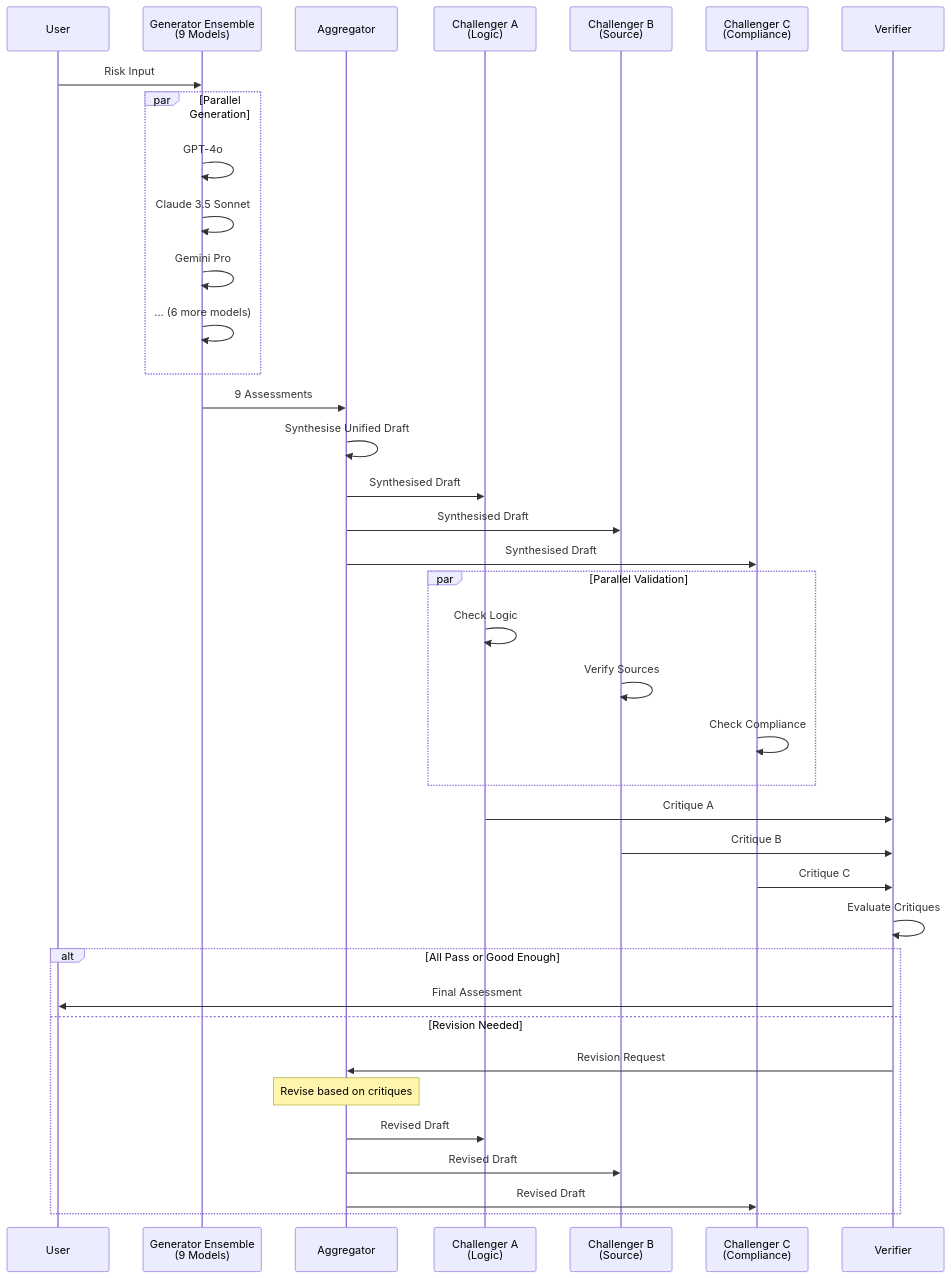
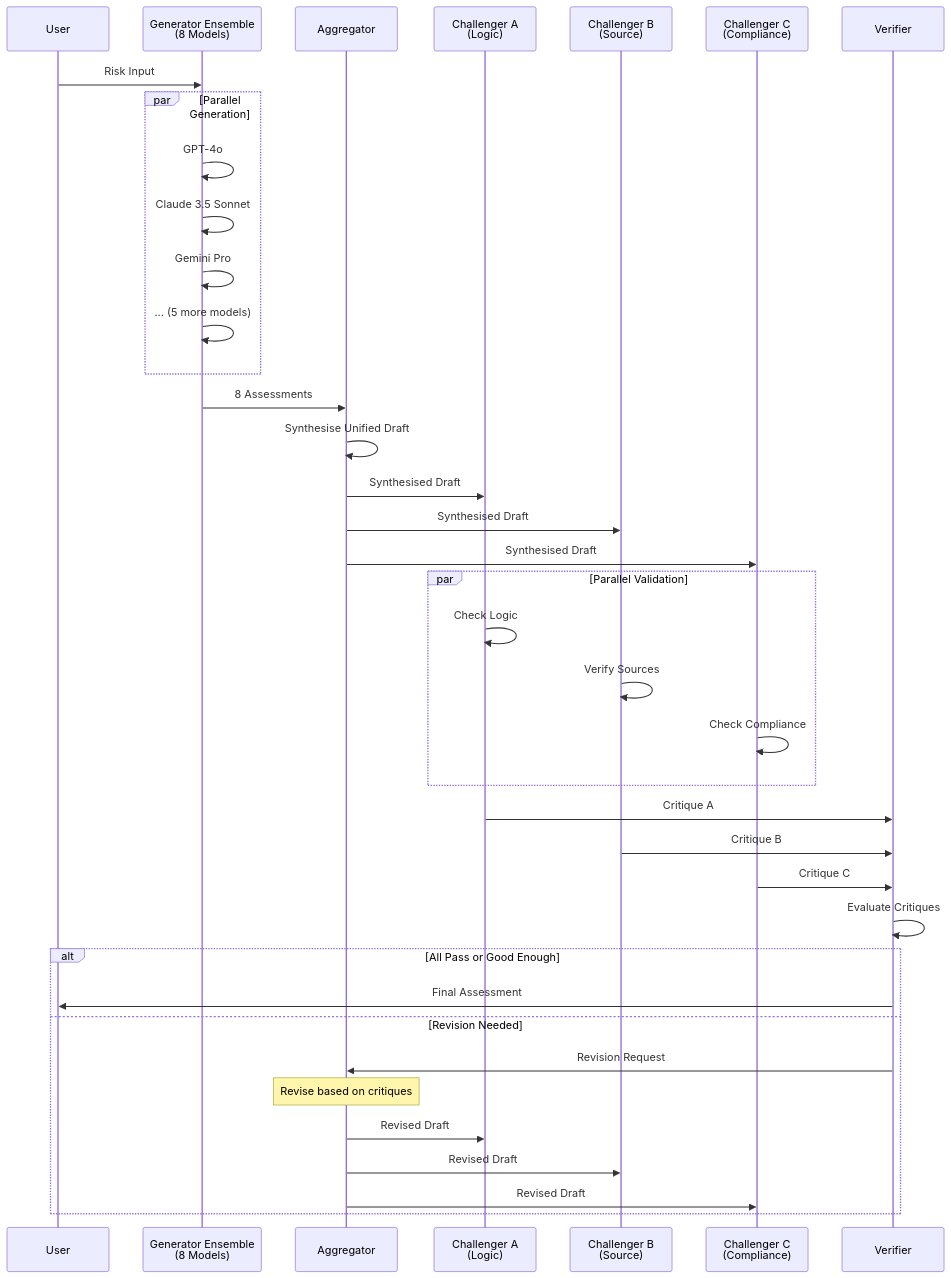
One commit to Brishian427/IOT-risk-assessment-mas changed the second of 2 diagrams in README.md. Above: the diagram before and after it, drawn with Mermaid. The commit also changed other lines of this file and 2 other files, not shown here.

Commit message:
Fix Gemini model 404 error: Temporarily disable Gemini, update to 8 models

````diff
--- a/README.md
+++ b/README.md
@@ -92,46 +92,46 @@
 ```mermaid
 sequenceDiagram
     participant User
-    participant GenEnsemble as Generator Ensemble<br/>(9 Models)
+    participant GenEnsemble as Generator Ensemble<br/>(8 Models)
     participant Aggregator
     participant ChallengerA as Challenger A<br/>(Logic)
     participant ChallengerB as Challenger B<br/>(Source)
     participant ChallengerC as Challenger C<br/>(Compliance)
     participant Verifier
     
     User->>GenEnsemble: Risk Input
     par Parallel Generation
         GenEnsemble->>GenEnsemble: GPT-4o
         GenEnsemble->>GenEnsemble: Claude 3.5 Sonnet
         GenEnsemble->>GenEnsemble: Gemini Pro
-        GenEnsemble->>GenEnsemble: ... (6 more models)
+        GenEnsemble->>GenEnsemble: ... (5 more models)
     end
-    GenEnsemble->>Aggregator: 9 Assessments
+    GenEnsemble->>Aggregator: 8 Assessments
     
     Aggregator->>Aggregator: Synthesise Unified Draft
     Aggregator->>ChallengerA: Synthesised Draft
     Aggregator->>ChallengerB: Synthesised Draft
     Aggregator->>ChallengerC: Synthesised Draft
     
     par Parallel Validation
         ChallengerA->>ChallengerA: Check Logic
         ChallengerB->>ChallengerB: Verify Sources
         ChallengerC->>ChallengerC: Check Compliance
     end
     
     ChallengerA->>Verifier: Critique A
     ChallengerB->>Verifier: Critique B
     ChallengerC->>Verifier: Critique C
     
     Verifier->>Verifier: Evaluate Critiques
     
     alt All Pass or Good Enough
         Verifier->>User: Final Assessment
     else Revision Needed
         Verifier->>Aggregator: Revision Request
         Note over Aggregator: Revise based on critiques
         Aggregator->>ChallengerA: Revised Draft
         Aggregator->>ChallengerB: Revised Draft
         Aggregator->>ChallengerC: Revised Draft
     end
 ```
````
